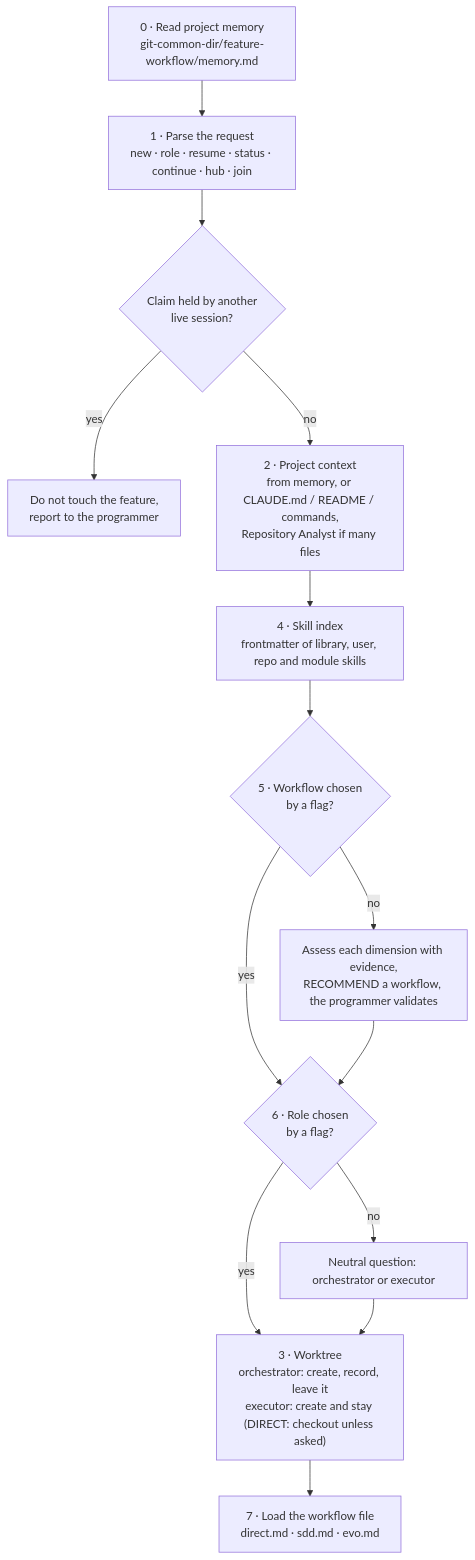
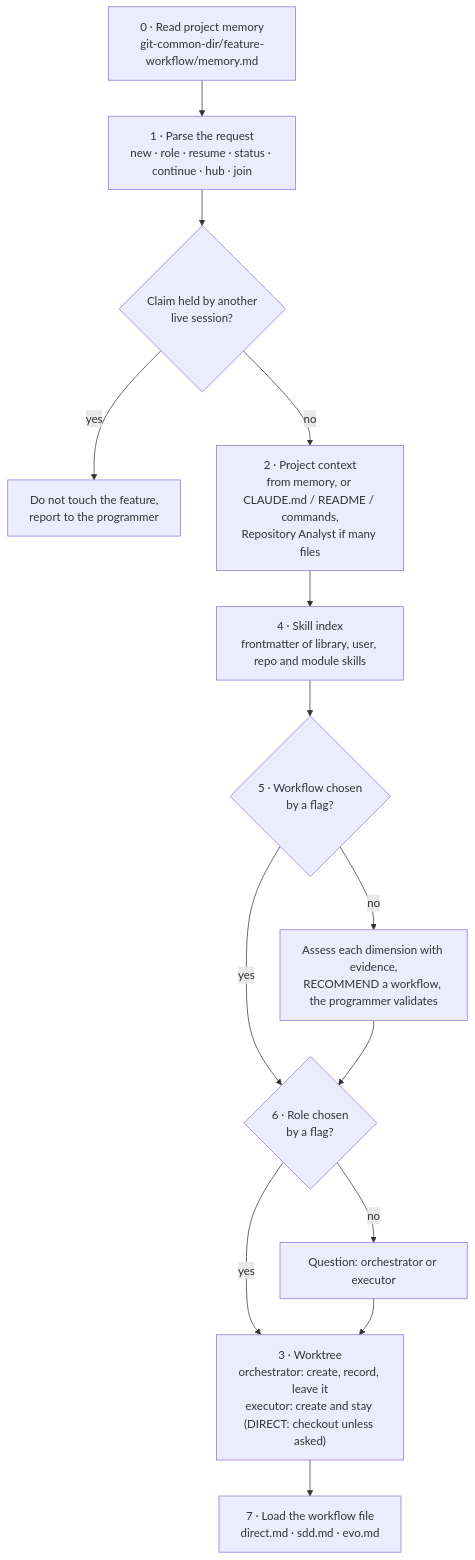
Before and after one commit to mariopedemonte12/claude-feature-workflow: the third of 12 diagrams in docs/architecture.md, drawn with Mermaid. The commit also changed other lines of this file and 33 other files, not shown here.

````diff
--- a/docs/architecture.md
+++ b/docs/architecture.md
@@ -123,16 +123,16 @@
 ```mermaid
 flowchart TB
     S0["0 · Read project memory<br/>git-common-dir/feature-workflow/memory.md"] --> S1["1 · Parse the request<br/>new · role · resume · status · continue · hub · join"]
     S1 --> CL{"Claim held by another<br/>live session?"}
     CL -->|"yes"| STOP["Do not touch the feature,<br/>report to the programmer"]
     CL -->|"no"| S2["2 · Project context<br/>from memory, or CLAUDE.md / README / commands,<br/>Repository Analyst if many files"]
     S2 --> S4["4 · Skill index<br/>frontmatter of library, user, repo and module skills"]
     S4 --> S5{"5 · Workflow chosen<br/>by a flag?"}
     S5 -->|"no"| S5b["Assess each dimension with evidence,<br/>RECOMMEND a workflow, the programmer validates"]
     S5 -->|"yes"| S6
     S5b --> S6{"6 · Role chosen<br/>by a flag?"}
-    S6 -->|"no"| S6b["Neutral question: orchestrator or executor"]
+    S6 -->|"no"| S6b["Question: orchestrator or executor"]
     S6 -->|"yes"| S3
     S6b --> S3["3 · Worktree<br/>orchestrator: create, record, leave it<br/>executor: create and stay (DIRECT: checkout unless asked)"]
     S3 --> S7["7 · Load the workflow file<br/>direct.md · sdd.md · evo.md"]
 ```
````
